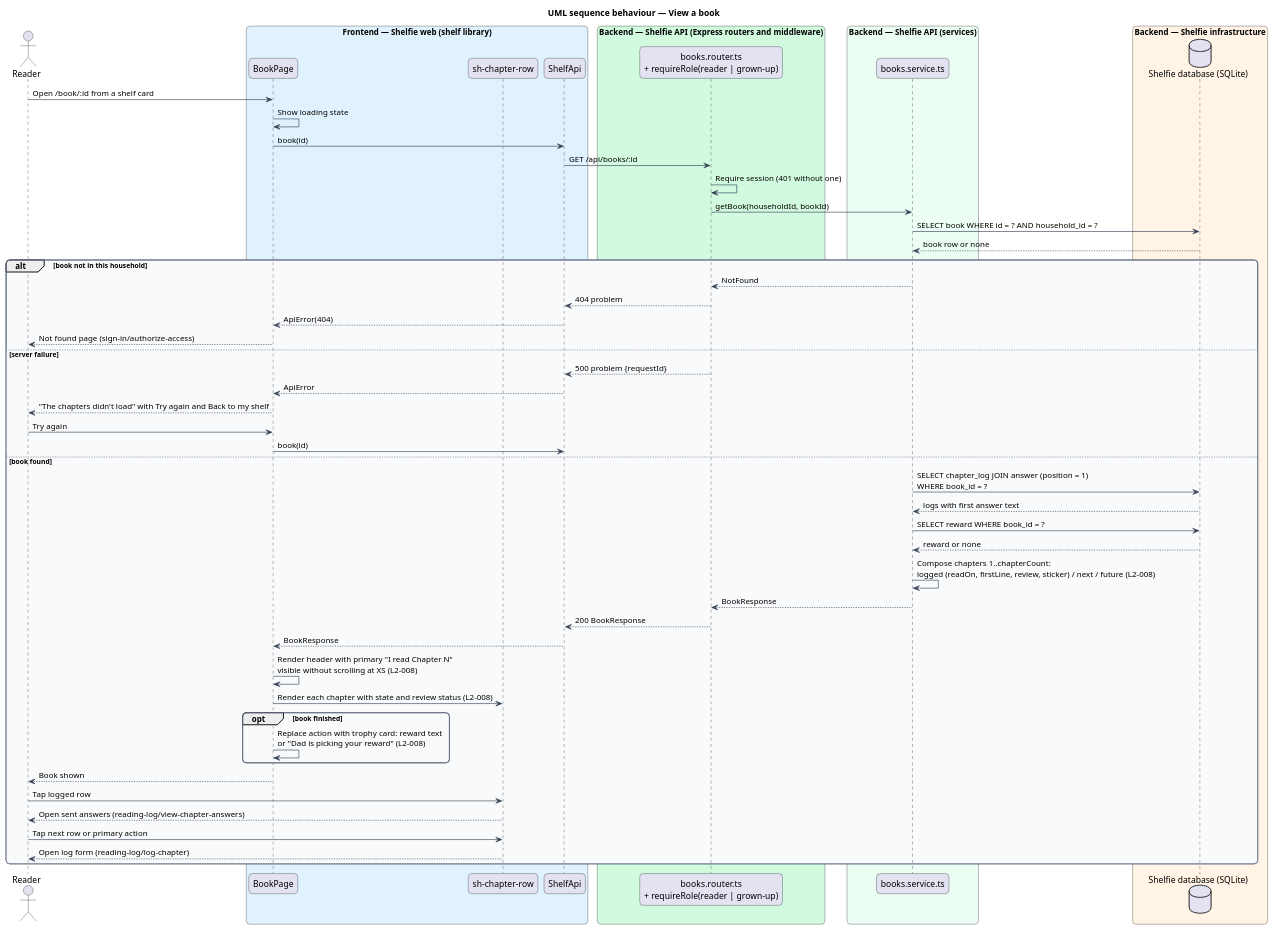
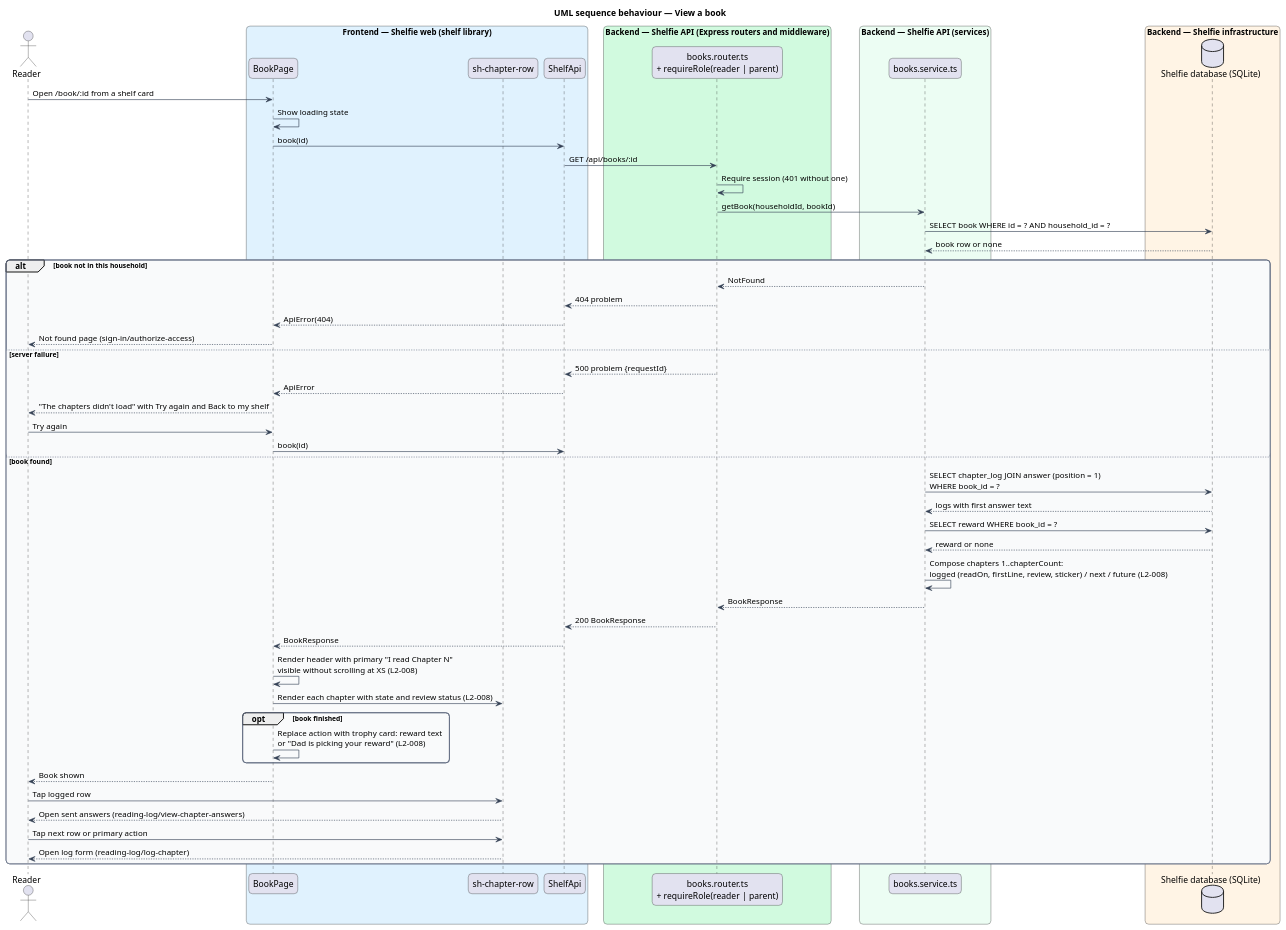
The diagram in docs/detailed-designs/books/view-book/diagrams/sequence-view-book.puml (QuinntyneBrown/shelfie), drawn with PlantUML before and after one commit. The commit also changed 313 other files, not shown here.

```diff
--- a/docs/detailed-designs/books/view-book/diagrams/sequence-view-book.puml
+++ b/docs/detailed-designs/books/view-book/diagrams/sequence-view-book.puml
@@ -1,72 +1,72 @@
 @startuml
 title UML sequence behaviour — View a book
 skinparam backgroundColor #FFFFFF
 skinparam shadowing false
 skinparam roundcorner 12
 skinparam defaultFontName Arial
 skinparam ArrowColor #344054
 skinparam rectangle {
   BorderColor #344054
   FontColor #101828
 }
 skinparam package {
   BorderColor #667085
   FontColor #101828
   BackgroundColor #F9FAFB
 }
 actor "Reader" as reader
 box "Frontend — Shelfie web (shelf library)" #E0F2FE
   participant "BookPage" as page
   participant "sh-chapter-row" as row
   participant "ShelfApi" as client
 end box
 box "Backend — Shelfie API (Express routers and middleware)" #D1FADF
-  participant "books.router.ts\n+ requireRole(reader | grown-up)" as router
+  participant "books.router.ts\n+ requireRole(reader | parent)" as router
 end box
 box "Backend — Shelfie API (services)" #ECFDF3
   participant "books.service.ts" as service
 end box
 box "Backend — Shelfie infrastructure" #FFF4E5
   database "Shelfie database (SQLite)" as db
 end box
 
 reader -> page : Open /book/:id from a shelf card
 page -> page : Show loading state
 page -> client : book(id)
 client -> router : GET /api/books/:id
 router -> router : Require session (401 without one)
 router -> service : getBook(householdId, bookId)
 service -> db : SELECT book WHERE id = ? AND household_id = ?
 db --> service : book row or none
 alt book not in this household
   service --> router : NotFound
   router --> client : 404 problem
   client --> page : ApiError(404)
   page --> reader : Not found page (sign-in/authorize-access)
 else server failure
   router --> client : 500 problem {requestId}
   client --> page : ApiError
   page --> reader : "The chapters didn't load" with Try again and Back to my shelf
   reader -> page : Try again
   page -> client : book(id)
 else book found
   service -> db : SELECT chapter_log JOIN answer (position = 1)\nWHERE book_id = ?
   db --> service : logs with first answer text
   service -> db : SELECT reward WHERE book_id = ?
   db --> service : reward or none
   service -> service : Compose chapters 1..chapterCount:\nlogged (readOn, firstLine, review, sticker) / next / future (L2-008)
   service --> router : BookResponse
   router --> client : 200 BookResponse
   client --> page : BookResponse
   page -> page : Render header with primary "I read Chapter N"\nvisible without scrolling at XS (L2-008)
   page -> row : Render each chapter with state and review status (L2-008)
   opt book finished
     page -> page : Replace action with trophy card: reward text\nor "Dad is picking your reward" (L2-008)
   end
   page --> reader : Book shown
   reader -> row : Tap logged row
   row --> reader : Open sent answers (reading-log/view-chapter-answers)
   reader -> row : Tap next row or primary action
   row --> reader : Open log form (reading-log/log-chapter)
 end
 @enduml
```
